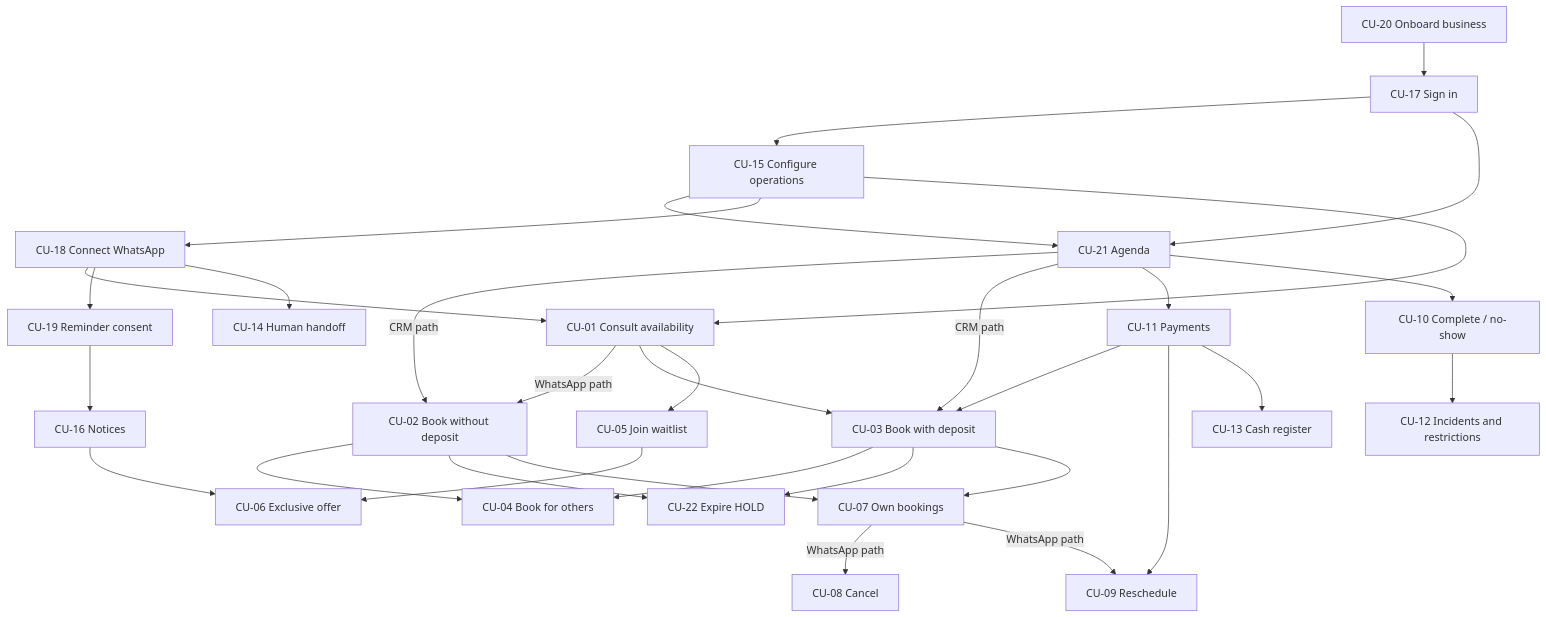
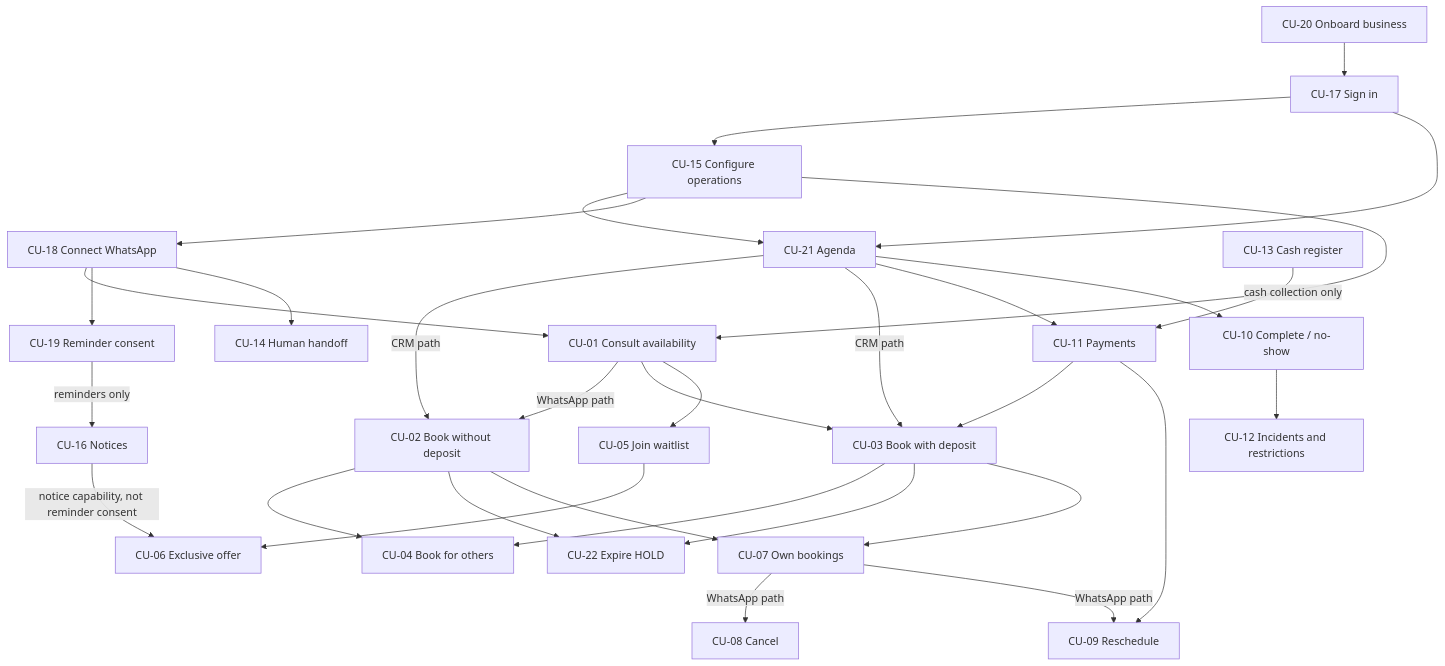
The second of 2 diagrams in docs/product-specs/uc-02/use-cases.md (nanonoir/Agendoxa), drawn with Mermaid before and after one commit. The commit also changed other lines of this file and 13 other files, not shown here.

````diff
--- a/docs/product-specs/uc-02/use-cases.md
+++ b/docs/product-specs/uc-02/use-cases.md
@@ -160,34 +159,34 @@
 ```mermaid
 flowchart TD
     CU20[CU-20 Onboard business] --> CU17[CU-17 Sign in]
     CU17 --> CU15[CU-15 Configure operations]
     CU17 --> CU21[CU-21 Agenda]
     CU15 --> CU21
     CU15 --> CU18[CU-18 Connect WhatsApp]
     CU15 --> CU01[CU-01 Consult availability]
     CU18 --> CU01
     CU18 --> CU19[CU-19 Reminder consent]
     CU18 --> CU14[CU-14 Human handoff]
     CU01 -->|WhatsApp path| CU02[CU-02 Book without deposit]
     CU21 -->|CRM path| CU02
     CU01 --> CU03[CU-03 Book with deposit]
     CU21 -->|CRM path| CU03
     CU11[CU-11 Payments] --> CU03
     CU21 --> CU11
     CU02 --> CU04[CU-04 Book for others]
     CU03 --> CU04
     CU02 --> CU22[CU-22 Expire HOLD]
     CU03 --> CU22
     CU02 --> CU07[CU-07 Own bookings]
     CU03 --> CU07
     CU07 -->|WhatsApp path| CU08[CU-08 Cancel]
     CU07 -->|WhatsApp path| CU09[CU-09 Reschedule]
     CU11 --> CU09
     CU21 --> CU10[CU-10 Complete / no-show]
     CU10 --> CU12[CU-12 Incidents and restrictions]
-    CU11 --> CU13[CU-13 Cash register]
-    CU19 --> CU16[CU-16 Notices]
+    CU13[CU-13 Cash register] -->|cash collection only| CU11
+    CU19 -->|reminders only| CU16[CU-16 Notices]
     CU01 --> CU05[CU-05 Join waitlist]
     CU05 --> CU06[CU-06 Exclusive offer]
-    CU16 --> CU06
+    CU16 -->|notice capability, not reminder consent| CU06
 ```
````
